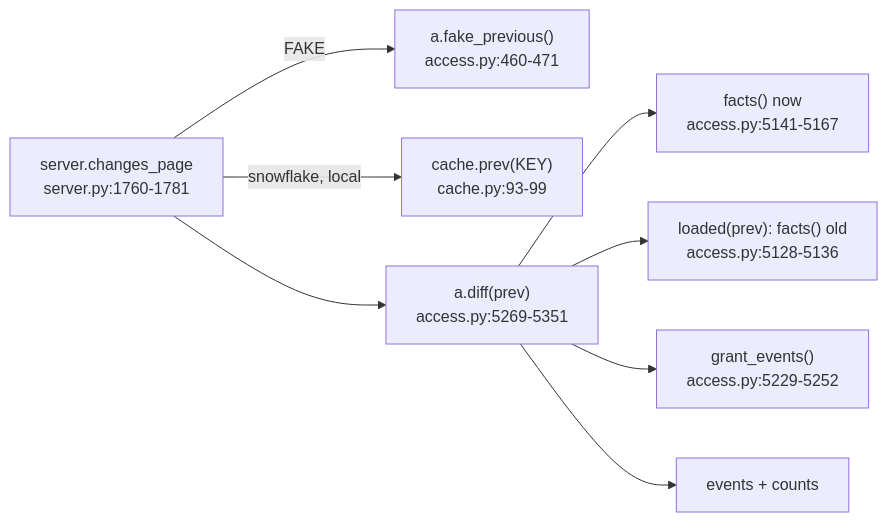
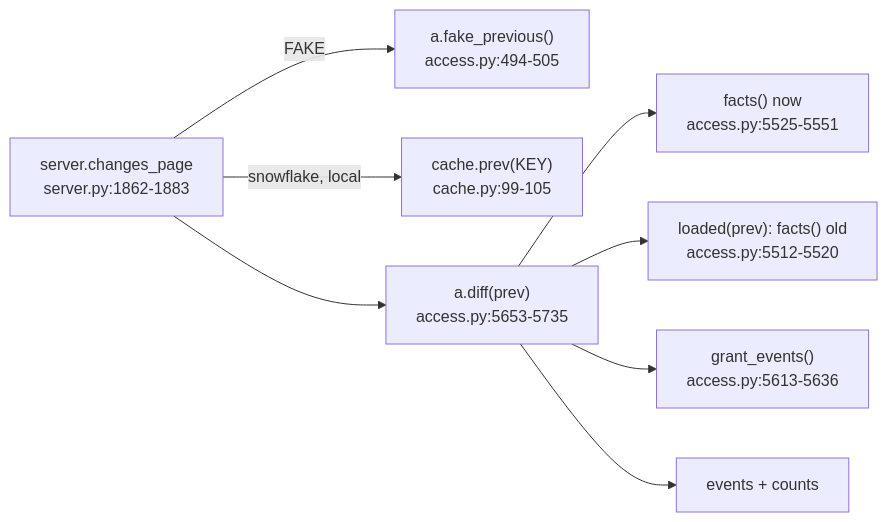
One commit to darshanmeel/snowflake-access-explorer changed the diagram in snowflake-access-explorer-knowledge-graph/logic/diff.md. Above: the diagram before and after it, drawn with Mermaid. The commit also changed other lines of this file and 82 other files, not shown here.

Commit message:
Knowledge graph: parts store, two-stage load, background refresh, DuckDB rule walk, kept rule results, review fixes (to 448bdbb)

````diff
--- a/snowflake-access-explorer-knowledge-graph/logic/diff.md
+++ b/snowflake-access-explorer-knowledge-graph/logic/diff.md
@@ -6,10 +6,10 @@
 ```mermaid
 flowchart LR
-  CP["server.changes_page<br/>server.py:1760-1781"] -->|FAKE| FP["a.fake_previous()<br/>access.py:460-471"]
-  CP -->|snowflake, local| PR["cache.prev(KEY)<br/>cache.py:93-99"]
-  CP --> D["a.diff(prev)<br/>access.py:5269-5351"]
-  D --> FN["facts() now<br/>access.py:5141-5167"]
-  D --> LD["loaded(prev): facts() old<br/>access.py:5128-5136"]
-  D --> GE["grant_events()<br/>access.py:5229-5252"]
+  CP["server.changes_page<br/>server.py:1862-1883"] -->|FAKE| FP["a.fake_previous()<br/>access.py:494-505"]
+  CP -->|snowflake, local| PR["cache.prev(KEY)<br/>cache.py:99-105"]
+  CP --> D["a.diff(prev)<br/>access.py:5653-5735"]
+  D --> FN["facts() now<br/>access.py:5525-5551"]
+  D --> LD["loaded(prev): facts() old<br/>access.py:5512-5520"]
+  D --> GE["grant_events()<br/>access.py:5613-5636"]
   D --> EV[events + counts]
 ```
````
